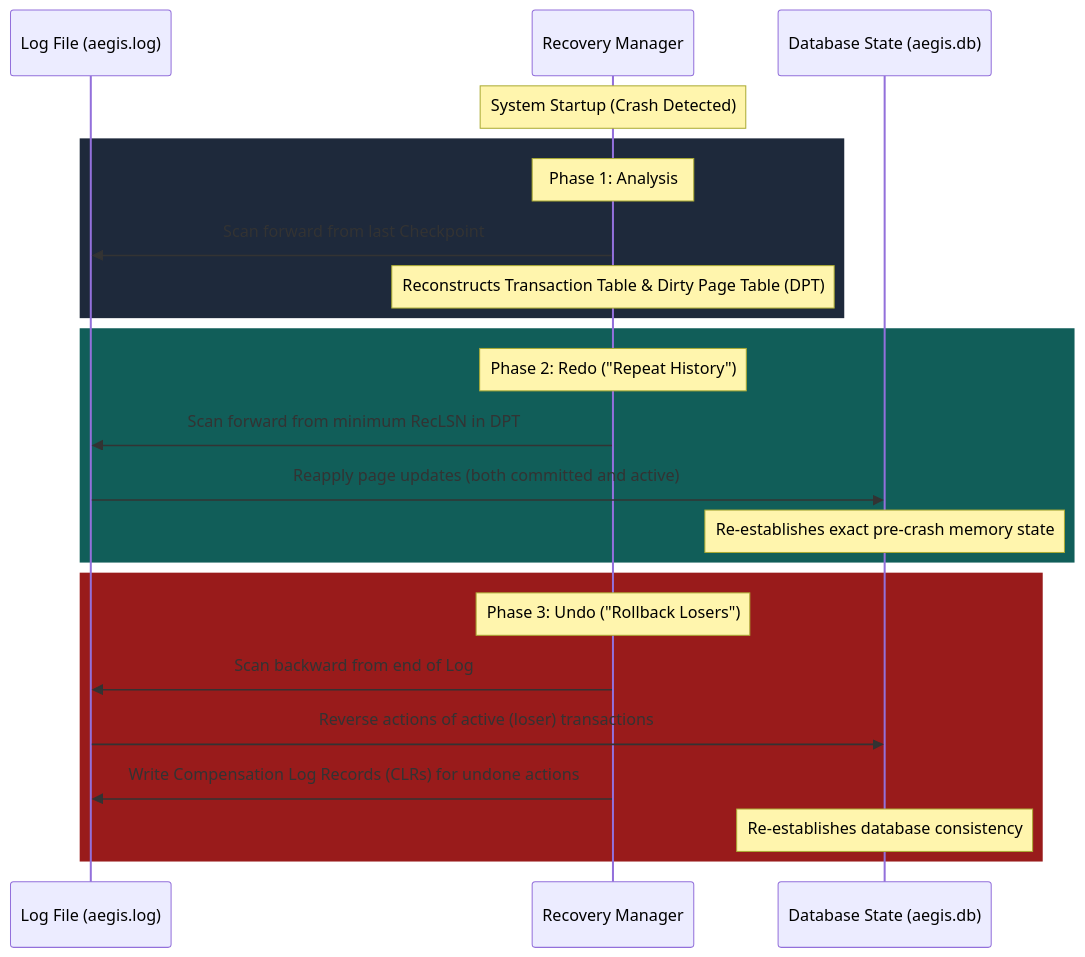
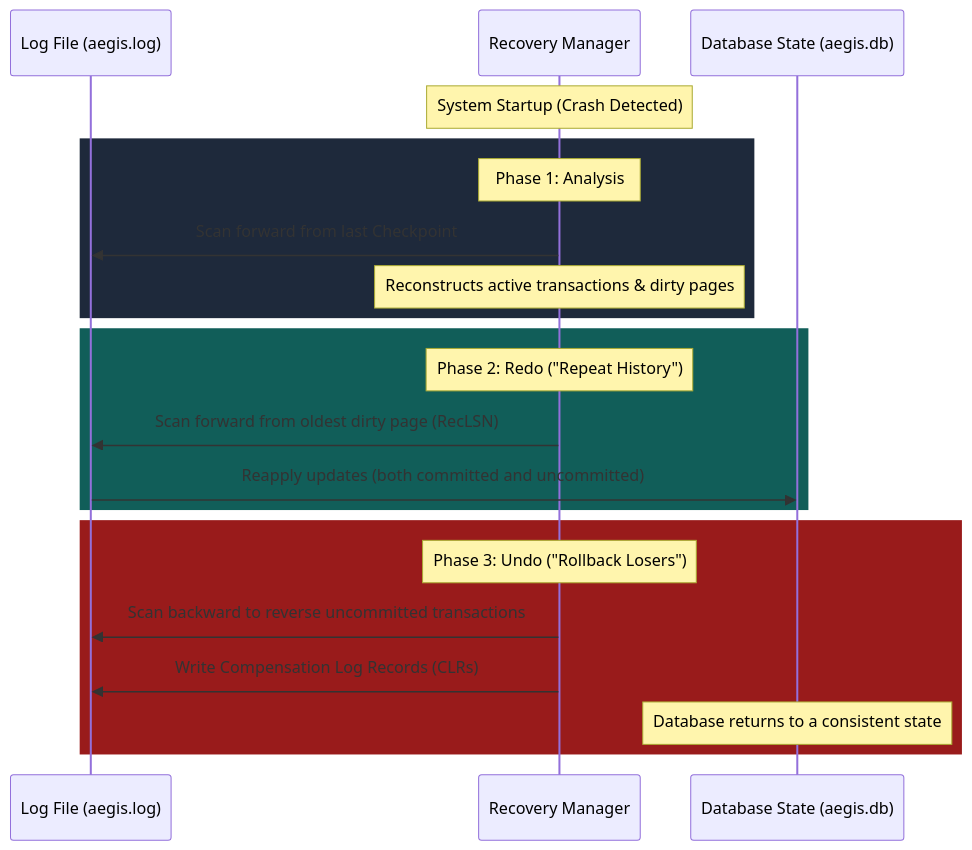
The second of 2 diagrams in README.md (Siddhi-Nagapure-5/AegisDB), drawn with Mermaid before and after one commit. The commit also changed other lines of this file and 1 other file, not shown here.

````diff
--- a/README.md
+++ b/README.md
@@ -76,29 +60,27 @@
 ```mermaid
 sequenceDiagram
     participant Log as Log File (aegis.log)
     participant RM as Recovery Manager
     participant State as Database State (aegis.db)
 
     Note over RM: System Startup (Crash Detected)
     
     rect rgb(30, 41, 59)
         Note over RM: Phase 1: Analysis
         RM->>Log: Scan forward from last Checkpoint
-        Note over RM: Reconstructs Transaction Table & Dirty Page Table (DPT)
+        Note over RM: Reconstructs active transactions & dirty pages
     end
 
     rect rgb(17, 94, 89)
         Note over RM: Phase 2: Redo ("Repeat History")
-        RM->>Log: Scan forward from minimum RecLSN in DPT
-        Log->>State: Reapply page updates (both committed and active)
-        Note over State: Re-establishes exact pre-crash memory state
+        RM->>Log: Scan forward from oldest dirty page (RecLSN)
+        Log->>State: Reapply updates (both committed and uncommitted)
     end
 
     rect rgb(153, 27, 27)
         Note over RM: Phase 3: Undo ("Rollback Losers")
-        RM->>Log: Scan backward from end of Log
-        Log->>State: Reverse actions of active (loser) transactions
-        RM->>Log: Write Compensation Log Records (CLRs) for undone actions
-        Note over State: Re-establishes database consistency
+        RM->>Log: Scan backward to reverse uncommitted transactions
+        RM->>Log: Write Compensation Log Records (CLRs)
+        Note over State: Database returns to a consistent state
     end
 ```
````
